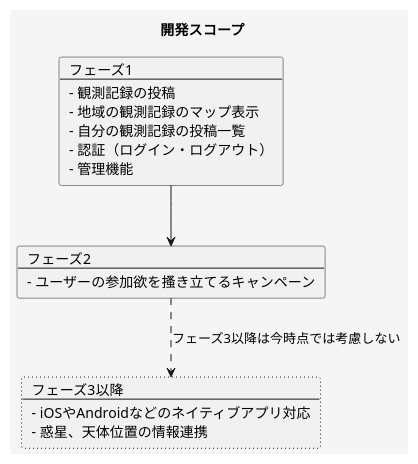
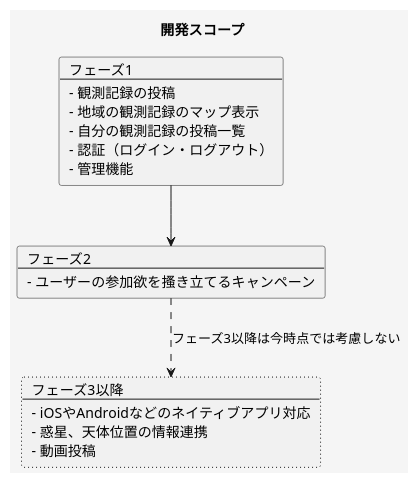
The diagram in mkdocs/docs/10_プロジェクト関連/100_プロジェクト概要.md (heliocompass/saijiki), drawn with PlantUML before and after one commit. The commit also changed 5 other files, not shown here.

````diff
--- a/mkdocs/docs/10_プロジェクト関連/100_プロジェクト概要.md
+++ b/mkdocs/docs/10_プロジェクト関連/100_プロジェクト概要.md
@@ -9,34 +9,35 @@
 ```plantuml
 @startuml
 title 開発スコープ
 ' left to right direction
 skinparam backgroundcolor whitesmoke
 
 card フェーズ1 [
     フェーズ1
     ---
     - 観測記録の投稿
     - 地域の観測記録のマップ表示
     - 自分の観測記録の投稿一覧
     - 認証（ログイン・ログアウト）
     - 管理機能
 ]
 
 card フェーズ2 [
     フェーズ2
     --
     - ユーザーの参加欲を搔き立てるキャンペーン
 ]
 
 card フェーズ3以降 #line.dotted [
     フェーズ3以降
     --
     - iOSやAndroidなどのネイティブアプリ対応
     - 惑星、天体位置の情報連携
+    - 動画投稿
 ]
 
 フェーズ1 --> フェーズ2
 フェーズ2 ..> フェーズ3以降: フェーズ3以降は今時点では考慮しない
 
 @enduml
 ```
````
